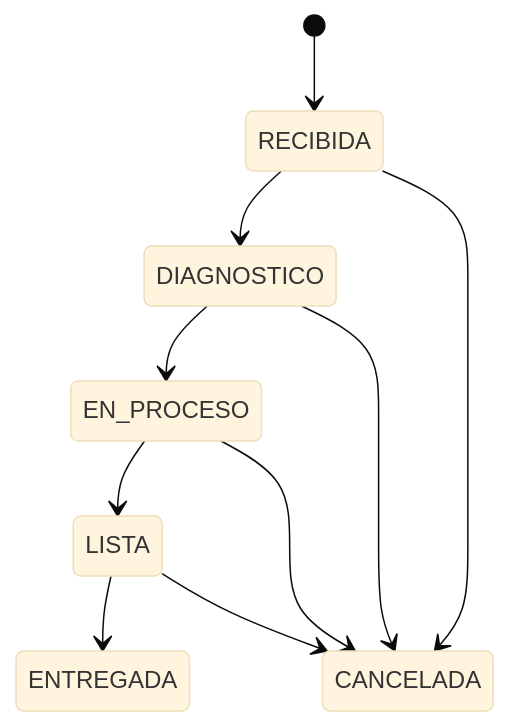
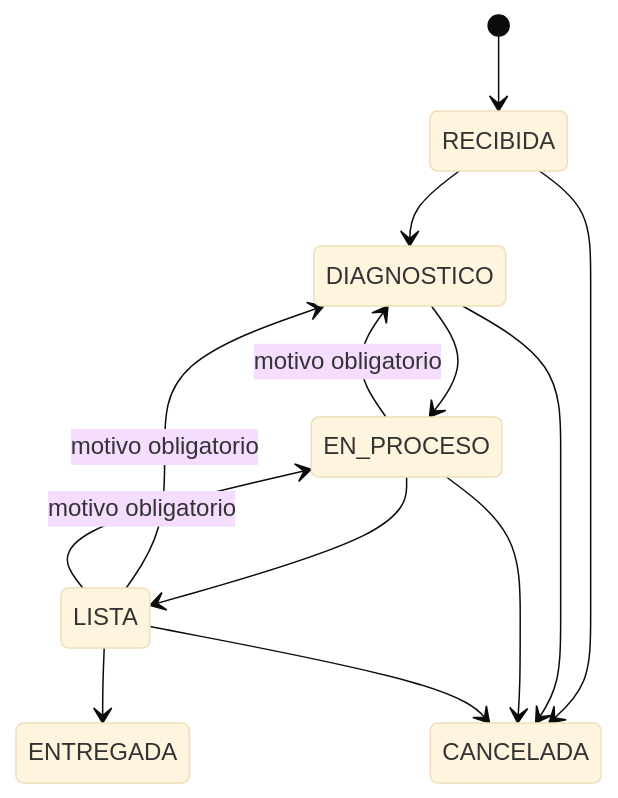
Before and after one commit to san7imo/prueba-tecnica-pavas: the diagram in docs/business-rules.md, drawn with Mermaid (base theme). The commit also changed other lines of this file and 15 other files, not shown here.

````diff
--- a/docs/business-rules.md
+++ b/docs/business-rules.md
@@ -10,12 +10,15 @@
 ```mermaid
 stateDiagram-v2
     [*] --> RECIBIDA
     RECIBIDA --> DIAGNOSTICO
     DIAGNOSTICO --> EN_PROCESO
     EN_PROCESO --> LISTA
     LISTA --> ENTREGADA
+    EN_PROCESO --> DIAGNOSTICO: motivo obligatorio
+    LISTA --> DIAGNOSTICO: motivo obligatorio
+    LISTA --> EN_PROCESO: motivo obligatorio
     RECIBIDA --> CANCELADA
     DIAGNOSTICO --> CANCELADA
     EN_PROCESO --> CANCELADA
     LISTA --> CANCELADA
 ```
````
